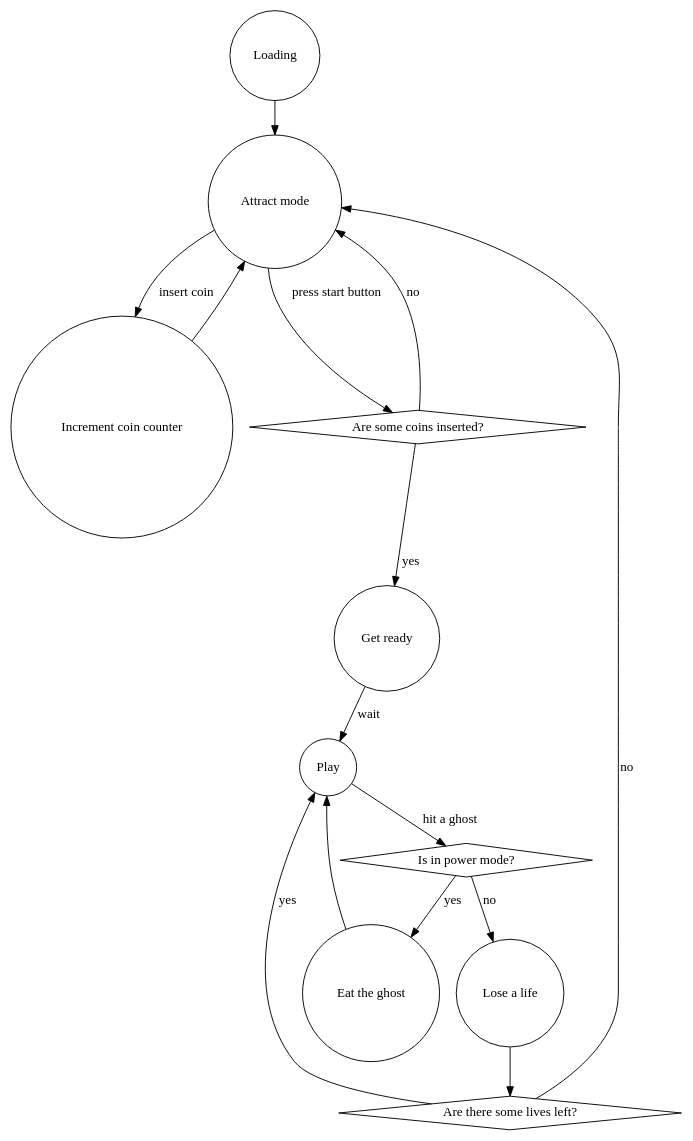
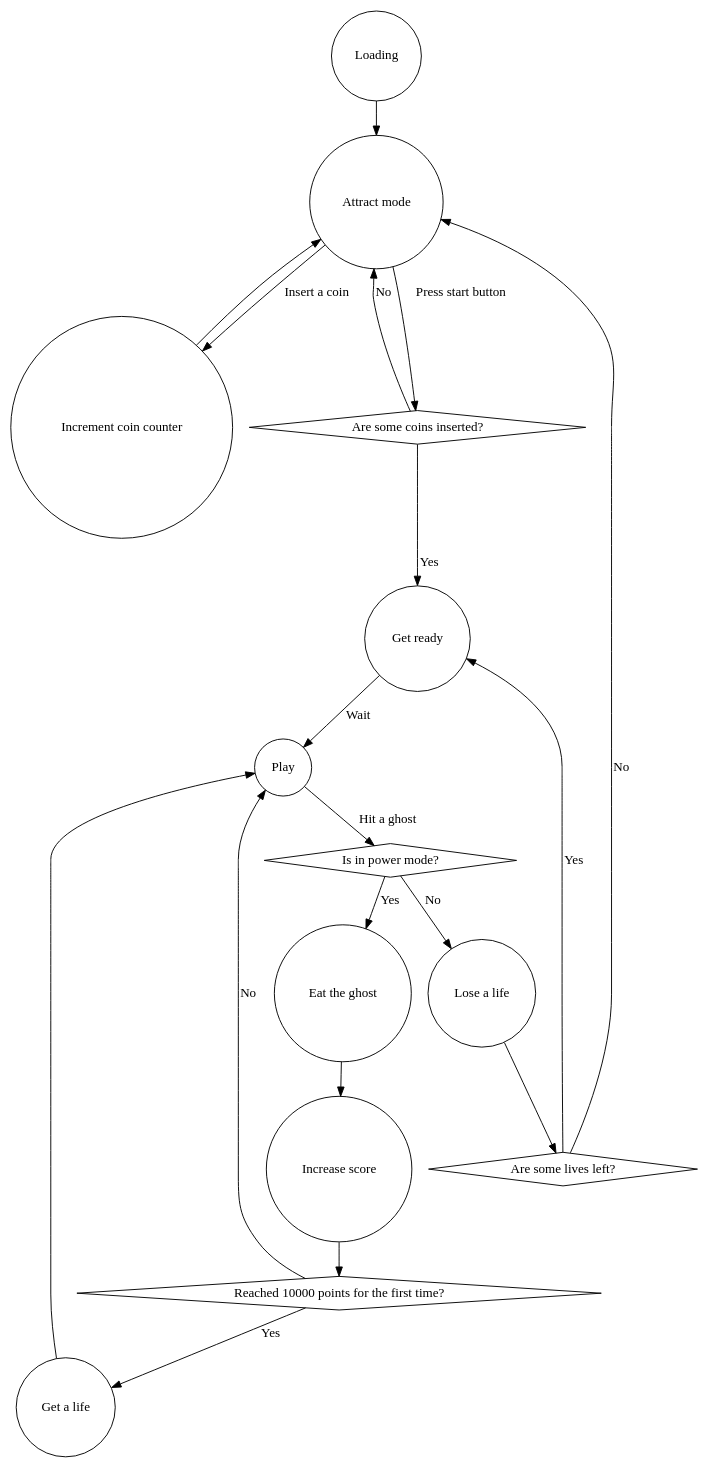
The diagram in graph.gv (filipbartek/pacman-dfsm), drawn with Graphviz before and after one commit.

Commit message:
Lower abstraction; arc names start in uppercase

```diff
--- a/graph.gv
+++ b/graph.gv
@@ -1,34 +1,41 @@
 # Source:
 # http://www.graphviz.org/content/fsm
 # http://www.graphviz.org/Gallery/directed/fsm.gv.txt
 
 digraph pacman_dfsm {
 
 node [ shape = circle ];
 loading [ label = "Loading" ];
 idle [ label = "Attract mode" ];
 increasecoins [ label = "Increment coin counter" ];
 aretherecoins [ label = "Are some coins inserted?", shape = diamond ];
 ready [ label = "Get ready" ];
 play [ label = "Play" ];
 ispowermode [ label = "Is in power mode?", shape = diamond ];
-arelivesleft [ label = "Are there some lives left?", shape = diamond ];
+arelivesleft [ label = "Are some lives left?", shape = diamond ];
 eatghost [ label = "Eat the ghost" ];
 loselife [ label = "Lose a life" ];
+increasescore [ label = "Increase score" ];
+isbonusreached [ label = "Reached 10000 points for the first time?", shape = diamond ];
+getlife [ label = "Get a life" ];
 
 loading -> idle;
-idle -> increasecoins [ label = "insert coin" ];
+idle -> increasecoins [ label = "Insert a coin" ];
 increasecoins -> idle;
-idle -> aretherecoins [ label = "press start button" ];
-aretherecoins -> ready [ label = "yes" ];
-aretherecoins -> idle [ label = "no" ];
-ready -> play [ label = "wait" ];
-play -> ispowermode [ label = "hit a ghost" ];
-ispowermode -> eatghost [ label = "yes" ];
-eatghost -> play;
-ispowermode -> loselife [ label = "no" ];
+idle -> aretherecoins [ label = "Press start button" ];
+aretherecoins -> ready [ label = "Yes" ];
+aretherecoins -> idle [ label = "No" ];
+ready -> play [ label = "Wait" ];
+play -> ispowermode [ label = "Hit a ghost" ];
+ispowermode -> eatghost [ label = "Yes" ];
+eatghost -> increasescore;
+ispowermode -> loselife [ label = "No" ];
 loselife -> arelivesleft;
-arelivesleft -> play [ label = "yes" ];
-arelivesleft -> idle [ label = "no" ];
+arelivesleft -> ready [ label = "Yes" ];
+arelivesleft -> idle [ label = "No" ];
+increasescore -> isbonusreached;
+isbonusreached -> play [ label = "No" ];
+isbonusreached -> getlife [ label = "Yes" ];
+getlife -> play;
 
 }
```
